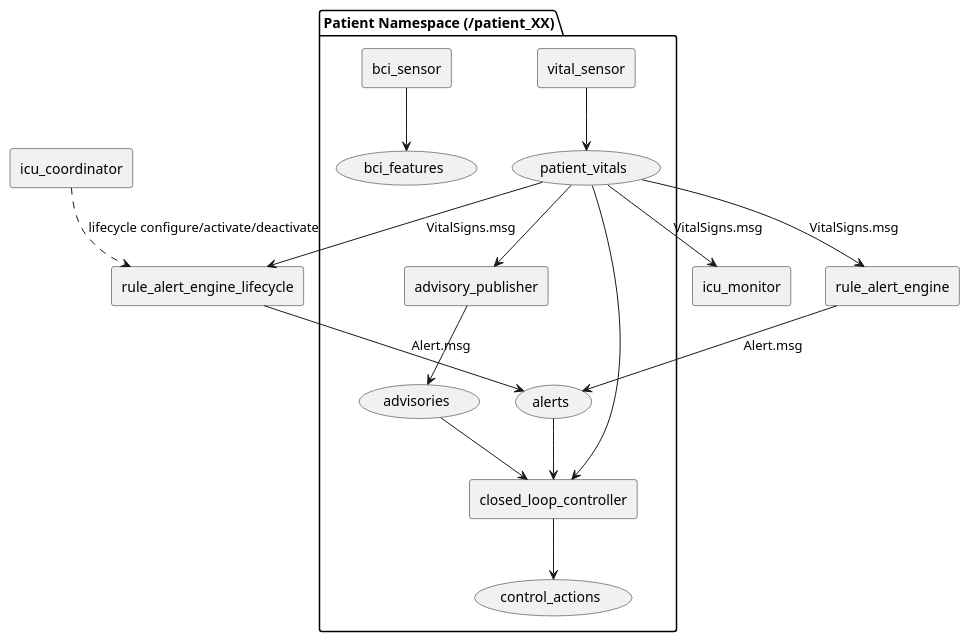
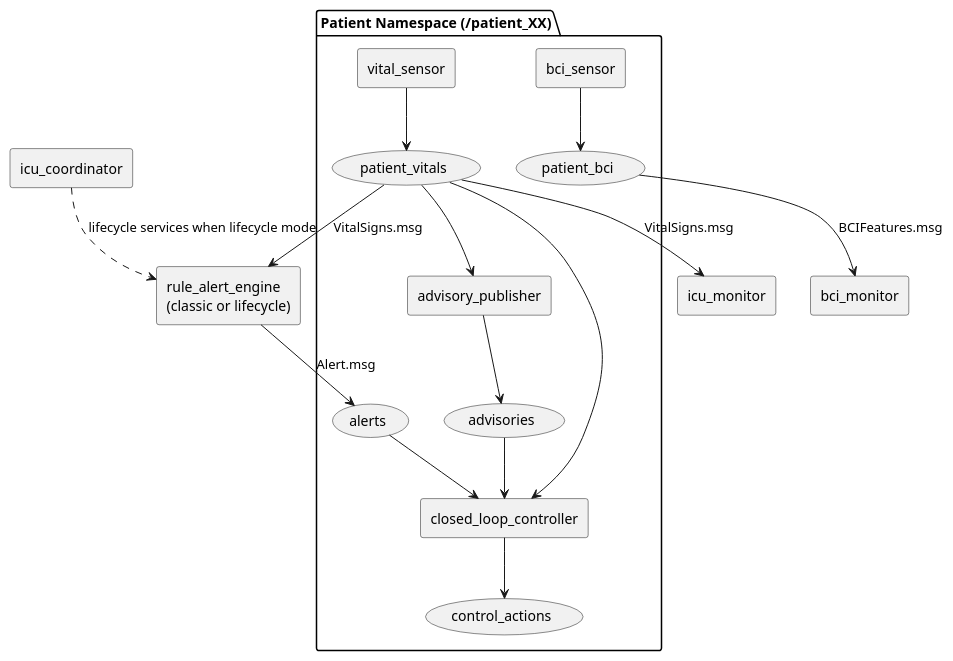
One commit to tukino/ros2-medical-physical-ai changed the diagram in README.md. Above: the diagram before and after it, drawn with PlantUML. The commit also changed other lines of this file, not shown here.

Commit message:
Align README architecture with runtime topics

````diff
--- a/README.md
+++ b/README.md
@@ -38,33 +38,32 @@
 ```plantuml
 @startuml
 skinparam componentStyle rectangle
 
 package "Patient Namespace (/patient_XX)" {
   [vital_sensor]
   [bci_sensor]
   [advisory_publisher]
   [closed_loop_controller]
 
   [vital_sensor] --> (patient_vitals)
-  [bci_sensor] --> (bci_features)
+  [bci_sensor] --> (patient_bci)
   (patient_vitals) --> [advisory_publisher]
   (patient_vitals) --> [closed_loop_controller]
   (alerts) --> [closed_loop_controller]
   (advisories) --> [closed_loop_controller]
   [advisory_publisher] --> (advisories)
   [closed_loop_controller] --> (control_actions)
 }
 
 [icu_monitor]
-[rule_alert_engine]
-[rule_alert_engine_lifecycle]
+[bci_monitor]
+[rule_alert_engine\n(classic or lifecycle)] as alert_engine
 [icu_coordinator]
 
 (patient_vitals) --> [icu_monitor] : VitalSigns.msg
-(patient_vitals) --> [rule_alert_engine] : VitalSigns.msg
-(patient_vitals) --> [rule_alert_engine_lifecycle] : VitalSigns.msg
-[rule_alert_engine] --> (alerts) : Alert.msg
-[rule_alert_engine_lifecycle] --> (alerts) : Alert.msg
-[icu_coordinator] ..> [rule_alert_engine_lifecycle] : lifecycle configure/activate/deactivate
+(patient_bci) --> [bci_monitor] : BCIFeatures.msg
+(patient_vitals) --> alert_engine : VitalSigns.msg
+alert_engine --> (alerts) : Alert.msg
+[icu_coordinator] ..> alert_engine : lifecycle services when lifecycle mode
 @enduml
 ```
````
